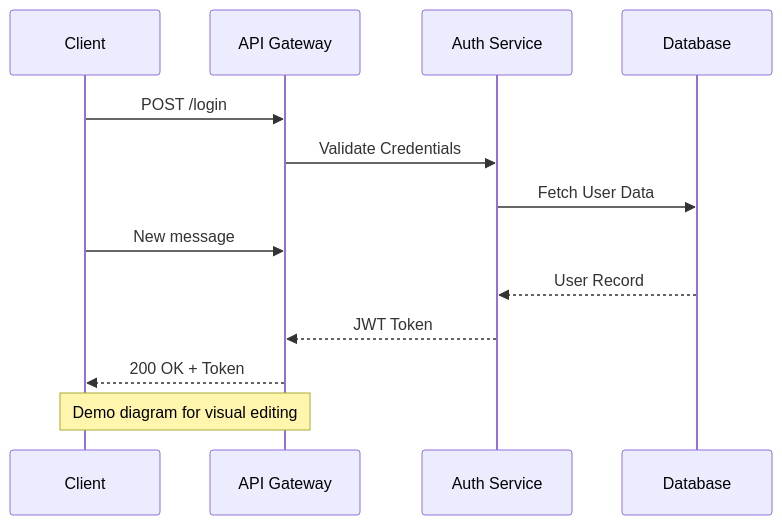
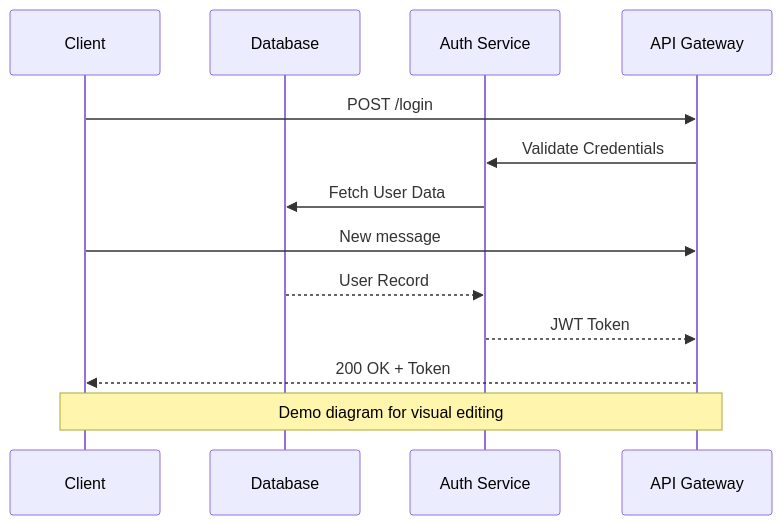
The first of 2 diagrams in diagrams/markdown-demo.md (stanimirovv/foliant), drawn with Mermaid before and after one commit. The commit also changed other lines of this file and 5 other files, not shown here.

````diff
--- a/diagrams/markdown-demo.md
+++ b/diagrams/markdown-demo.md
@@ -15,18 +15,18 @@
 ```mermaid
 %% CONFIG: {"version":1,"arrows":[{"from":"C","to":"API","label":"New message","color":"#00ff9d","animation":"flow"}]}
 sequenceDiagram
     participant C as Client
+    participant DB as Database
+    participant Auth as Auth Service
     participant API as API Gateway
-    participant Auth as Auth Service
-    participant DB as Database
 
     C->>API: POST /login
     API->>Auth: Validate Credentials
     Auth->>DB: Fetch User Data
     C->>API: New message
     DB-->>Auth: User Record
     Auth-->>API: JWT Token
     API-->>C: 200 OK + Token
 
     Note over C,API: Demo diagram for visual editing
 ```
````
